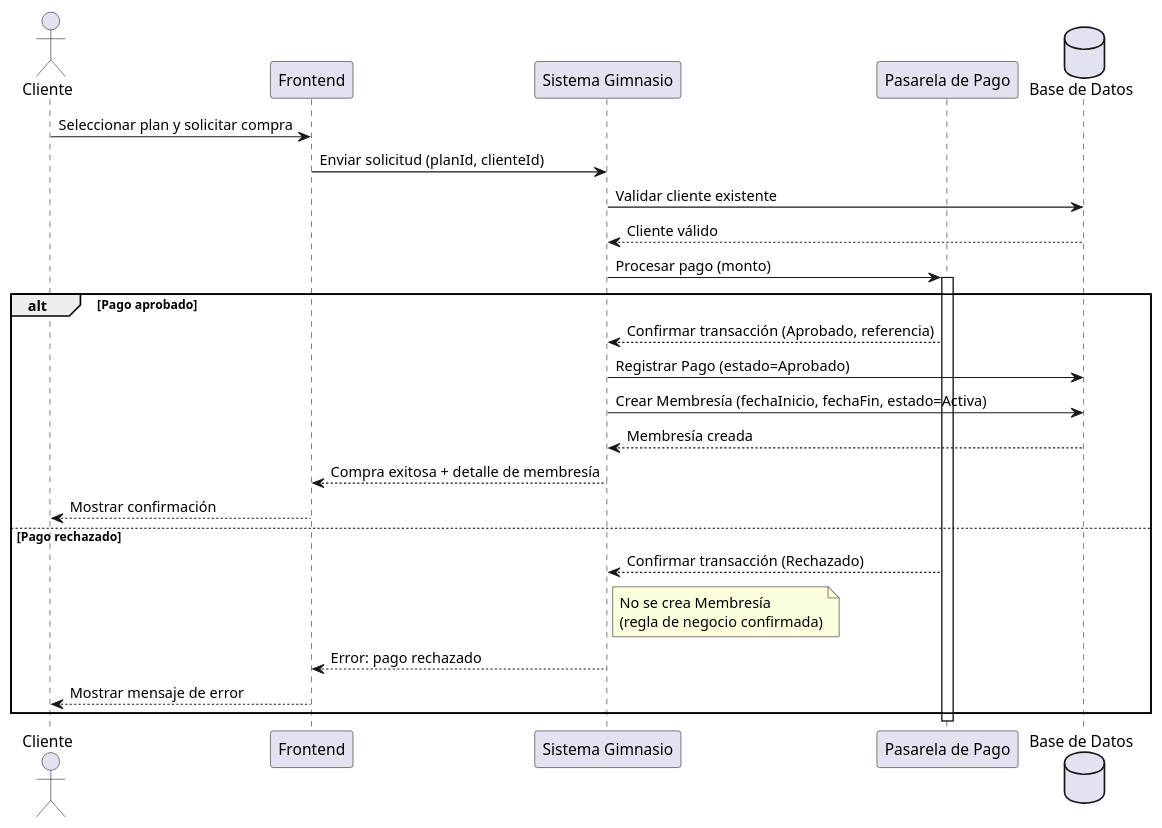
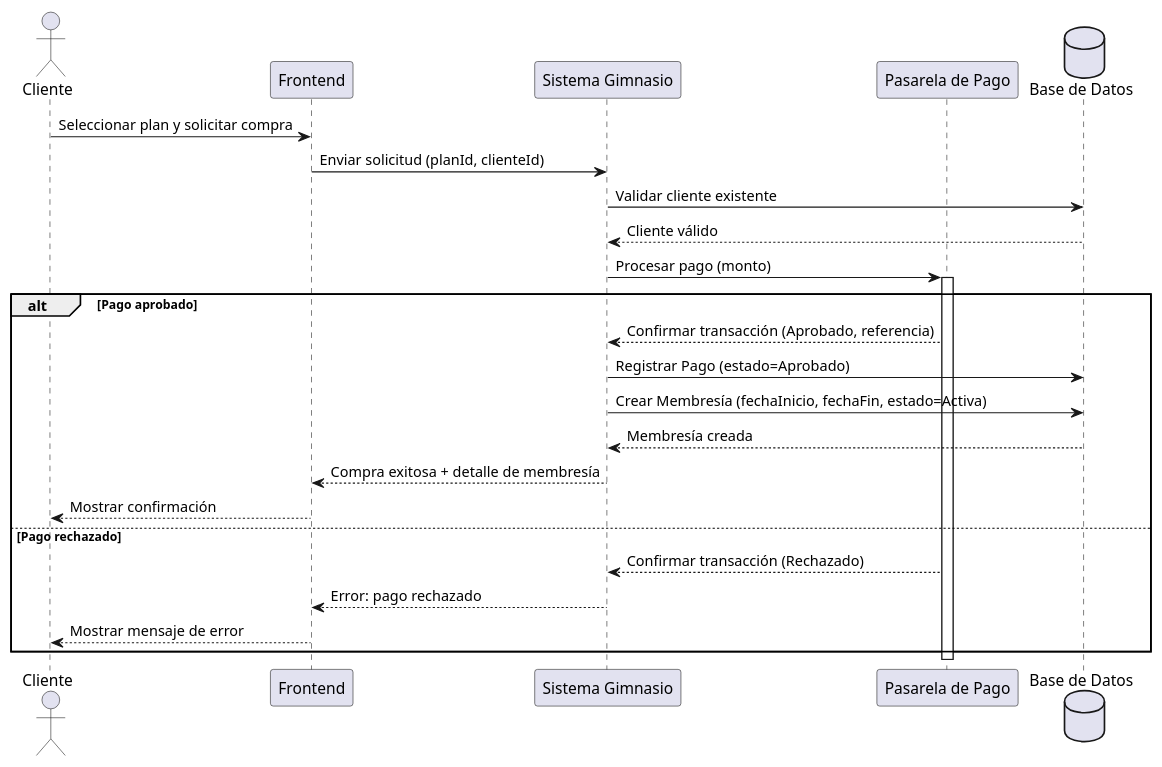
One commit to JeikGuar/GymManager changed the third of 4 diagrams in Documentación/Sistema_Gimnasio_Diagramas.md. Above: the diagram before and after it, drawn with PlantUML. The commit also changed other lines of this file, not shown here.

````diff
--- a/Documentación/Sistema_Gimnasio_Diagramas.md
+++ b/Documentación/Sistema_Gimnasio_Diagramas.md
@@ -293,38 +200,34 @@
 ```plantuml
 @startuml Secuencia_CompraMembresia
 
 actor Cliente
 participant "Frontend" as FE
 participant "Sistema Gimnasio" as Sistema
 participant "Pasarela de Pago" as Pasarela
 database "Base de Datos" as BD
 
 Cliente -> FE : Seleccionar plan y solicitar compra
 FE -> Sistema : Enviar solicitud (planId, clienteId)
 Sistema -> BD : Validar cliente existente
 BD --> Sistema : Cliente válido
 
 Sistema -> Pasarela : Procesar pago (monto)
 activate Pasarela
 
 alt Pago aprobado
     Pasarela --> Sistema : Confirmar transacción (Aprobado, referencia)
     Sistema -> BD : Registrar Pago (estado=Aprobado)
     Sistema -> BD : Crear Membresía (fechaInicio, fechaFin, estado=Activa)
     BD --> Sistema : Membresía creada
     Sistema --> FE : Compra exitosa + detalle de membresía
     FE --> Cliente : Mostrar confirmación
 else Pago rechazado
     Pasarela --> Sistema : Confirmar transacción (Rechazado)
-    note right of Sistema
-      No se crea Membresía
-      (regla de negocio confirmada)
-    end note
     Sistema --> FE : Error: pago rechazado
     FE --> Cliente : Mostrar mensaje de error
 end
 
 deactivate Pasarela
 
 @enduml
 ```
````
